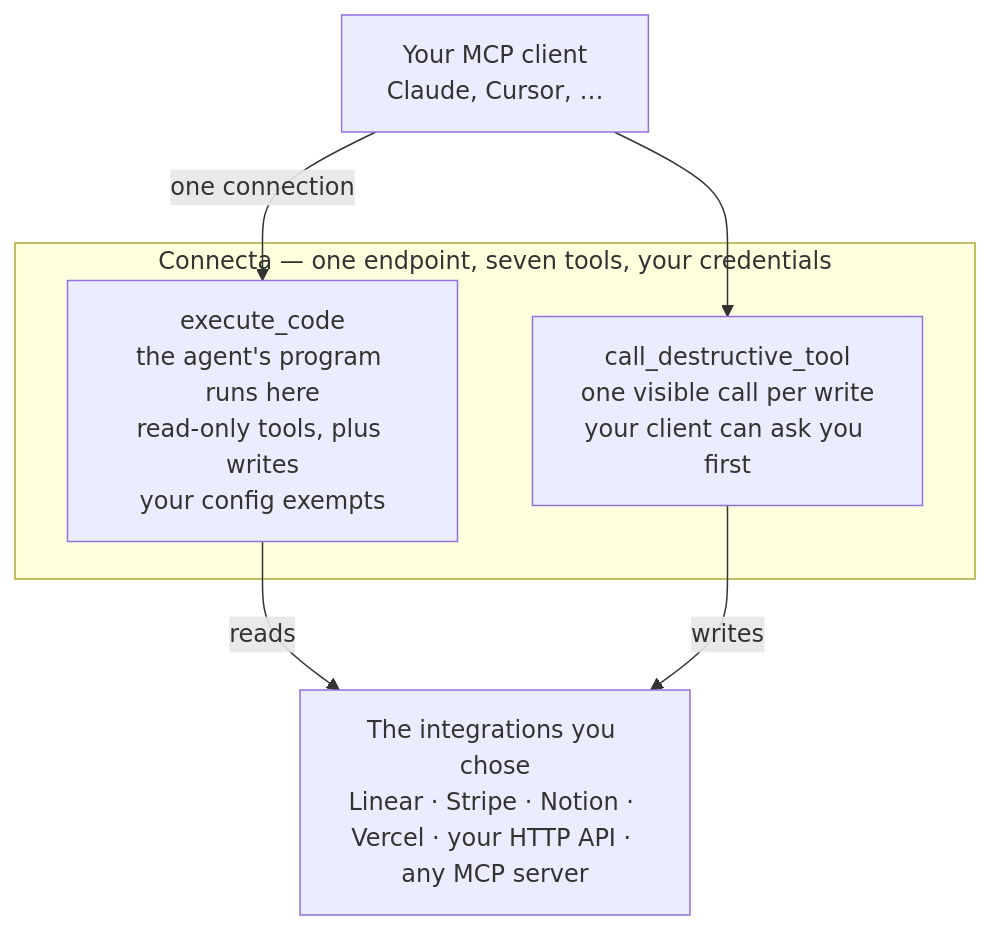
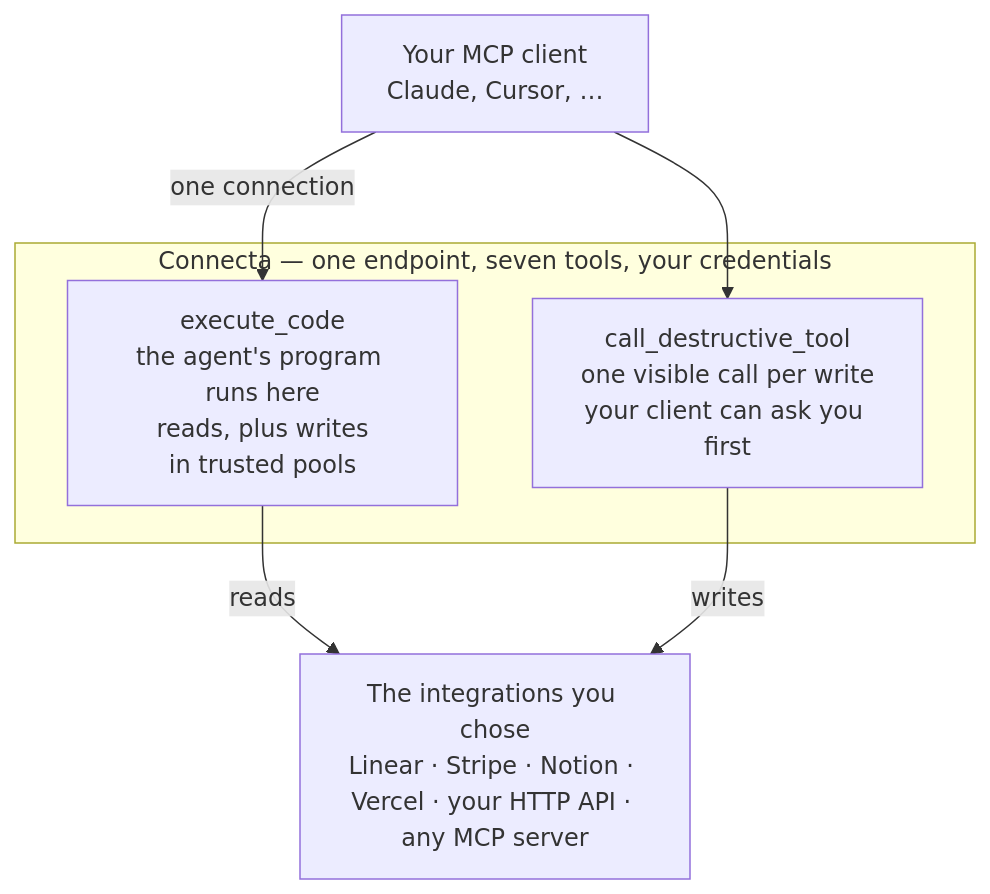
One commit to zackbart/connecta changed the diagram in README.md. Above: the diagram before and after it, drawn with Mermaid. The commit also changed other lines of this file and 100 other files, not shown here.

````diff
--- a/README.md
+++ b/README.md
@@ -29,16 +28,16 @@
 ```mermaid
 flowchart TB
     Client["Your MCP client<br/>Claude, Cursor, …"]
 
     subgraph Connecta["Connecta — one endpoint, seven tools, your credentials"]
-        Sandbox["execute_code<br/>the agent's program runs here<br/>read-only tools, plus writes<br/>your config exempts"]
+        Sandbox["execute_code<br/>the agent's program runs here<br/>reads, plus writes<br/>in trusted pools"]
         Explicit["call_destructive_tool<br/>one visible call per write<br/>your client can ask you first"]
     end
 
     Integrations["The integrations you chose<br/>Linear · Stripe · Notion · Vercel · your HTTP API · any MCP server"]
 
     Client -->|"one connection"| Sandbox
     Client --> Explicit
     Sandbox -->|"reads"| Integrations
     Explicit -->|"writes"| Integrations
 ```
````
